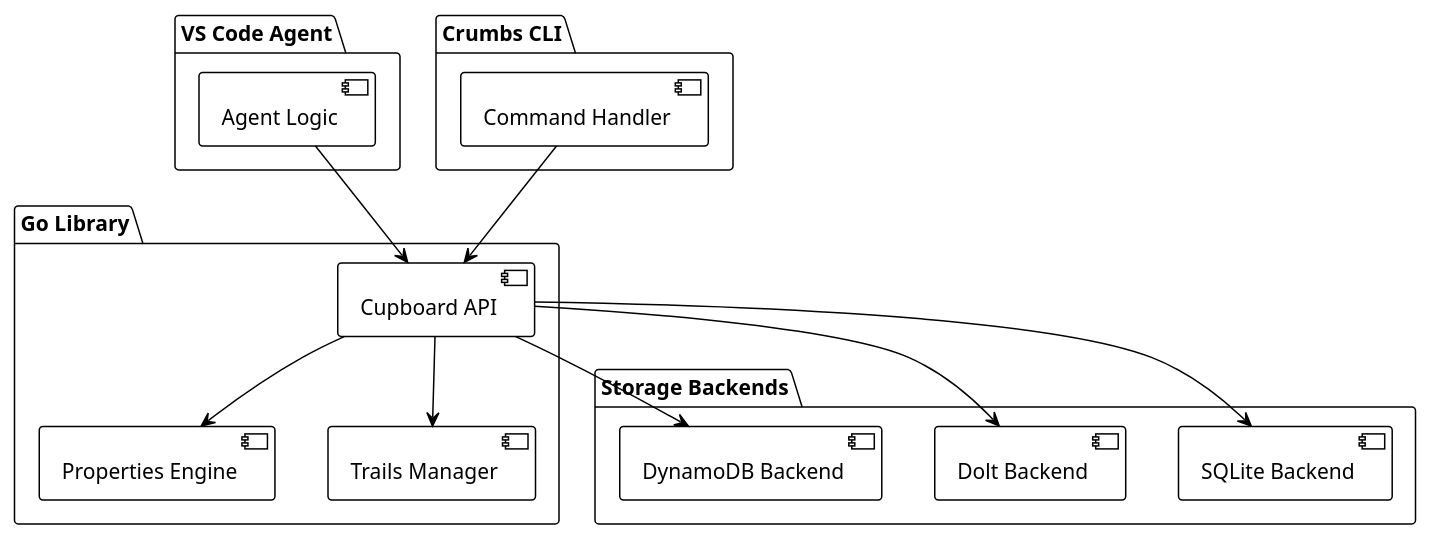
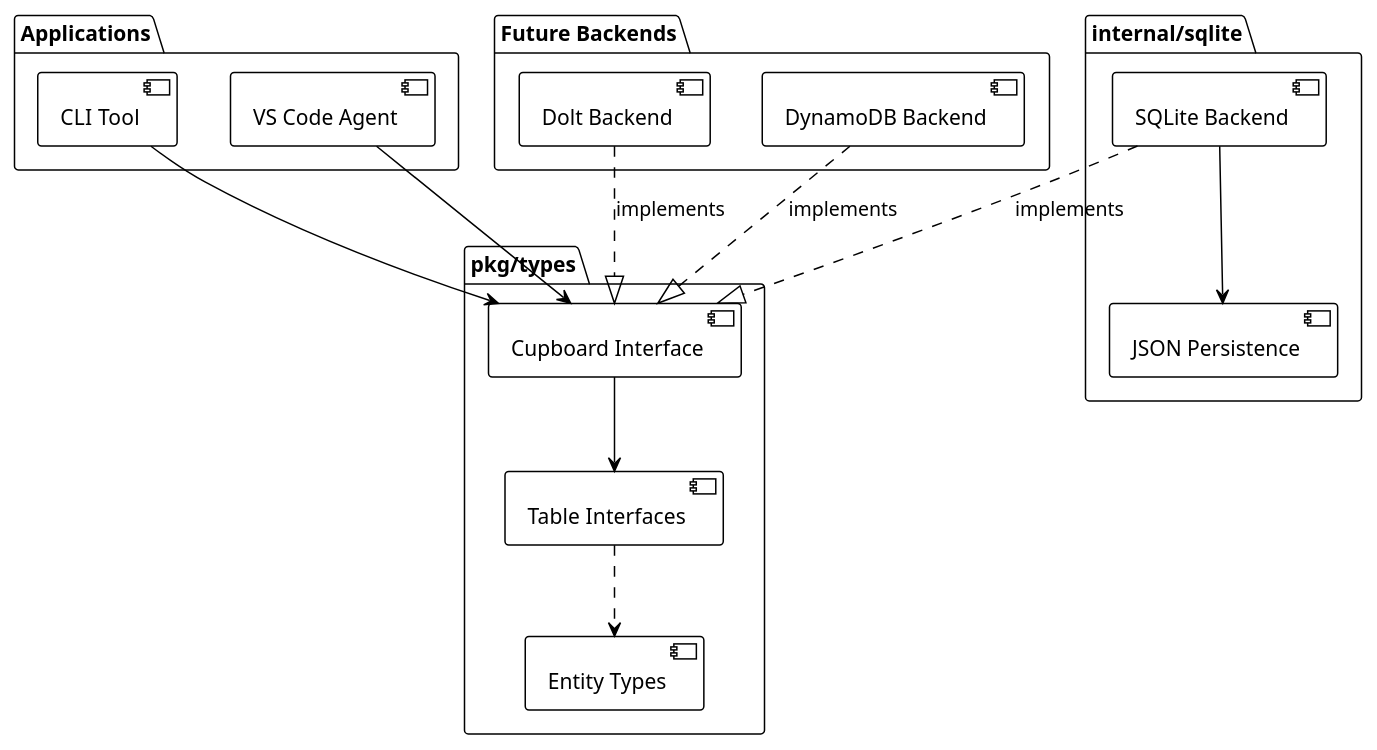
One commit to mesh-intelligence/crumbs changed the diagram in docs/ARCHITECTURE.md. Above: the diagram before and after it, drawn with PlantUML. The commit also changed other lines of this file and 1 other file, not shown here.

Commit message:
Align ARCHITECTURE.md and VISION.md with PRDs
ARCHITECTURE.md:
- Add Properties Model section explaining enforcement rules
  (auto-init on crumb creation, backfill on property definition)
- Add built-in properties documentation (priority, type, etc.)
- Add Stashes section explaining trail-scoped shared state
- Add Decision 7: Properties always present with type-based defaults
- Add Decision 8: Stashes as separate entities for shared state
- Update PlantUML diagram to show actual architecture
  (pkg/types interfaces, internal/sqlite implements)
- Update implementation phases with correct operation names
  and include stashes in Phase 3

VISION.md:
- Add Properties section explaining extensible attributes
  with enforcement model and built-in properties

````diff
--- a/docs/ARCHITECTURE.md
+++ b/docs/ARCHITECTURE.md
@@ -9,35 +9,37 @@
 ```plantuml
 @startuml
 !theme plain
 skinparam backgroundColor white
 
-package "VS Code Agent" {
-  [Agent Logic]
+package "Applications" {
+  [VS Code Agent]
+  [CLI Tool]
 }
 
-package "Crumbs CLI" {
-  [Command Handler]
+package "pkg/types" {
+  [Cupboard Interface]
+  [Table Interfaces]
+  [Entity Types]
 }
 
-package "Go Library" {
-  [Cupboard API]
-  [Properties Engine]
-  [Trails Manager]
+package "internal/sqlite" {
+  [SQLite Backend]
+  [JSON Persistence]
 }
 
-package "Storage Backends" {
-  [SQLite Backend]
+package "Future Backends" {
   [Dolt Backend]
   [DynamoDB Backend]
 }
 
-[Agent Logic] --> [Cupboard API]
-[Command Handler] --> [Cupboard API]
-[Cupboard API] --> [Properties Engine]
-[Cupboard API] --> [Trails Manager]
-[Cupboard API] --> [SQLite Backend]
-[Cupboard API] --> [Dolt Backend]
-[Cupboard API] --> [DynamoDB Backend]
+[VS Code Agent] --> [Cupboard Interface]
+[CLI Tool] --> [Cupboard Interface]
+[Cupboard Interface] --> [Table Interfaces]
+[Table Interfaces] ..> [Entity Types]
+[SQLite Backend] ..|> [Cupboard Interface] : implements
+[Dolt Backend] ..|> [Cupboard Interface] : implements
+[DynamoDB Backend] ..|> [Cupboard Interface] : implements
+[SQLite Backend] --> [JSON Persistence]
 
 @enduml
 ```
````
